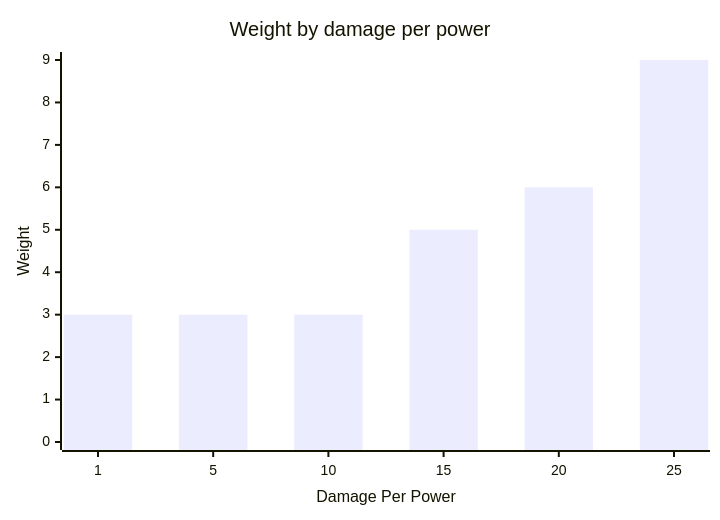
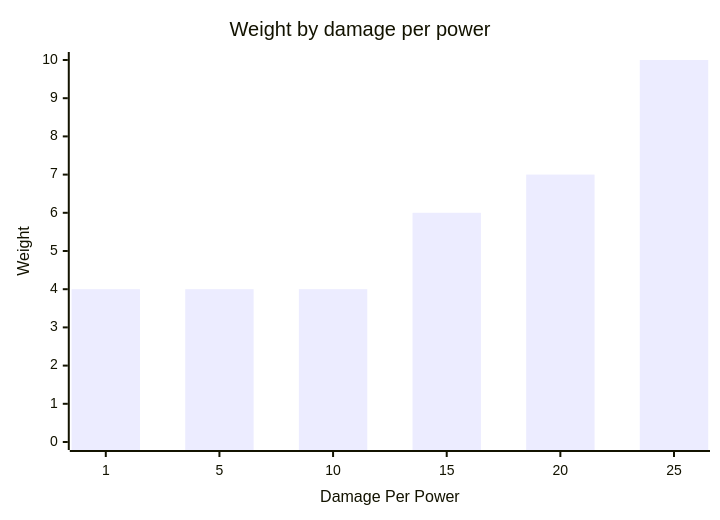
One commit to kilfour/SharpBotz changed the fifth of 10 diagrams in README.md. Above: the diagram before and after it, drawn with Mermaid. The commit also changed other lines of this file and 4 other files, not shown here.

````diff
--- a/README.md
+++ b/README.md
@@ -210,7 +210,7 @@
 ```mermaid
 xychart-beta
     title "Weight by damage per power"
     x-axis "Damage Per Power" [1, 5, 10, 15, 20, 25]
-    y-axis "Weight" 0 --> 9
-    bar [3, 3, 3, 5, 6, 9]
+    y-axis "Weight" 0 --> 10
+    bar [4, 4, 4, 6, 7, 10]
 ```
````
